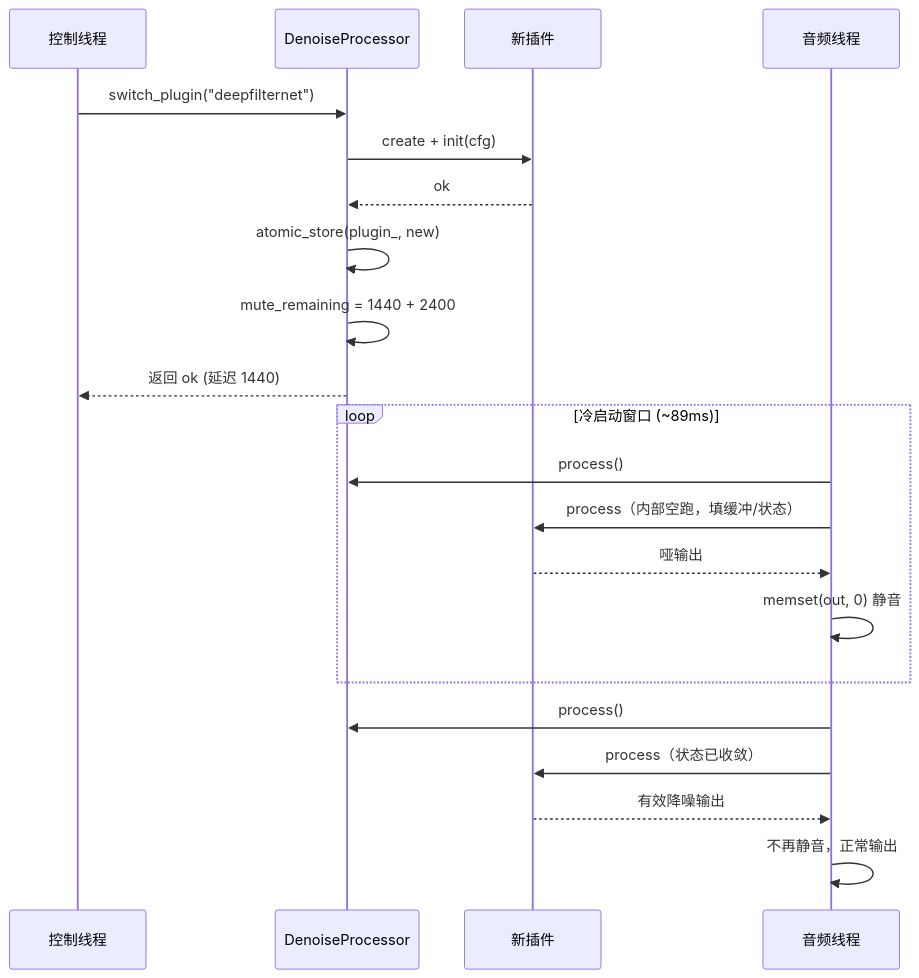
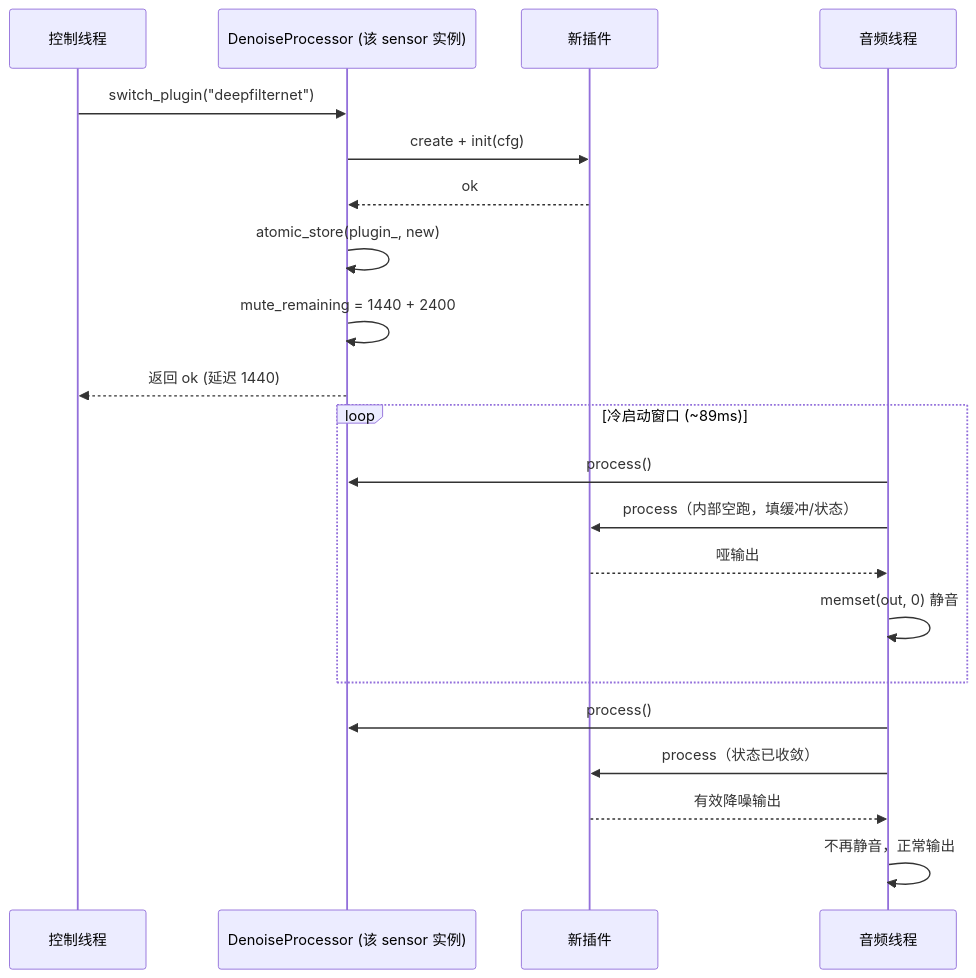
The second of 4 diagrams in docs/noise/denoise-plugin-architecture.md (JunJunHub/aes67-linux-daemon), drawn with Mermaid before and after one commit. The commit also changed other lines of this file and 2 other files, not shown here.

Commit message:
docs(noise): 明确降噪插件 per-sensor 所有权模型
降噪插件实例是 per-sensor 的，非全局共用：每个噪声传感器对应独立
DenoiseProcessor，各自持有自己的 IDenoisePlugin 实例。全局唯一的只有
DenoisePluginRegistry 工厂。插件选择可逐路自定义（如 sink A 用 rnnoise、
sink B 用 deepfilternet）。

此前设计意图已是 per-sensor（HTTP API /api/noise/sensor/:id/plugin 带 id、
deleteNoiseSensor 描述已提及释放插件实例），但架构文档未钉死所有权模型，
denoise-plugin 文档的 switch_plugin 代码读起来像单例，存在自相矛盾。

变更：
- architecture-design.md 新增 §3.7 NoiseManager 章节：map<sensor_id,
  SensorContext> 所有权、per-sensor 独立插件实例、有状态插件非线程安全故
  per-sensor 是 Phase 3 并行正确性前提（非仅配置偏好）、生命周期联动表、
  NoiseManager 接口、帧回调 RCU 双缓冲读避免阻塞音频线程
- §3.4 加 per-sensor 说明；§2.1/§3.1 图 DenoiseProcessor 标 ×N (per-sensor)
- §9 Phase 1.3 并入 NoiseManager、Phase 2.3 注明多 sensor 生命周期
- denoise-plugin-architecture.md §4.2：switch_plugin 改为 NoiseManager 按
  sensor_id 路由到该实例；时序图 participant 标注该 sensor 实例
- openapi.yaml switchDenoisePlugin 描述补"每传感器独立持有插件实例，
  切换某一路只静音该路，不影响其它"

````diff
--- a/docs/noise/denoise-plugin-architecture.md
+++ b/docs/noise/denoise-plugin-architecture.md
@@ -550,26 +550,26 @@
 ```mermaid
 sequenceDiagram
     participant CTL as 控制线程
-    participant DP as DenoiseProcessor
+    participant DP as DenoiseProcessor (该 sensor 实例)
     participant NP as 新插件
     participant AT as 音频线程
 
     CTL->>DP: switch_plugin("deepfilternet")
     DP->>NP: create + init(cfg)
     NP-->>DP: ok
     DP->>DP: atomic_store(plugin_, new)
     DP->>DP: mute_remaining = 1440 + 2400
     DP-->>CTL: 返回 ok (延迟 1440)
 
     loop 冷启动窗口 (~89ms)
         AT->>DP: process()
         AT->>NP: process（内部空跑，填缓冲/状态）
         NP-->>AT: 哑输出
         AT->>AT: memset(out, 0) 静音
     end
 
     AT->>DP: process()
     AT->>NP: process（状态已收敛）
     NP-->>AT: 有效降噪输出
     AT->>AT: 不再静音，正常输出
 ```
````
